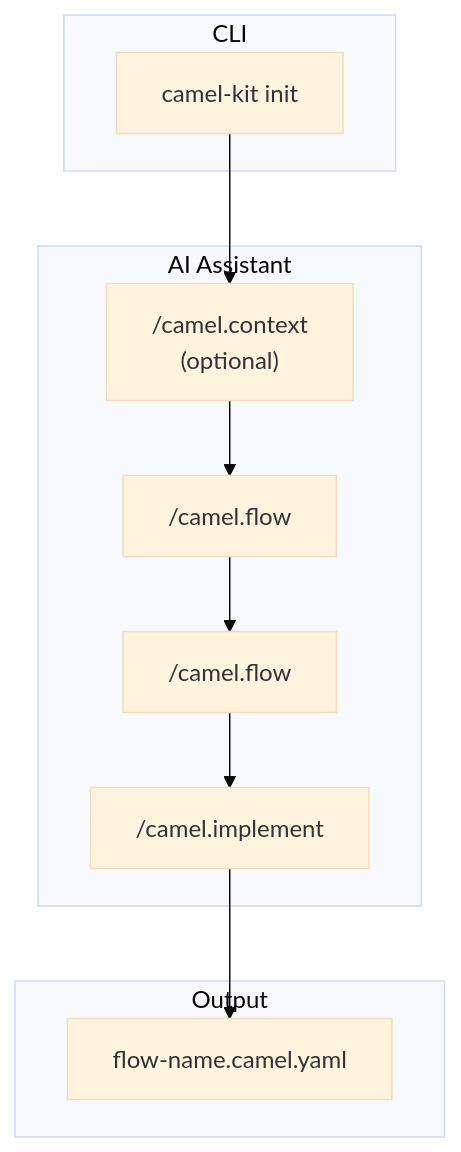
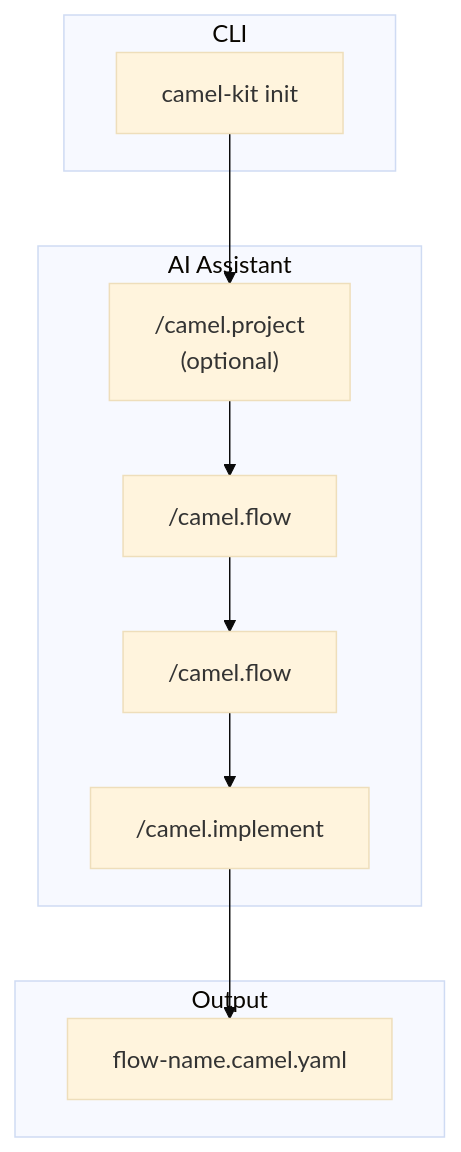
One commit to luigidemasi/camel-kit changed the first of 3 diagrams in docs/user-guide.md. Above: the diagram before and after it, drawn with Mermaid (base theme). The commit also changed other lines of this file and 37 other files, not shown here.

````diff
--- a/docs/user-guide.md
+++ b/docs/user-guide.md
@@ -88,17 +90,17 @@
 ```mermaid
 flowchart TB
     subgraph CLI
         A[camel-kit init]
     end
     subgraph "AI Assistant"
-        B["/camel.context<br/>(optional)"]
+        B["/camel.project<br/>(optional)"]
         C["/camel.flow"]
         D["/camel.flow"]
         E["/camel.implement"]
     end
     subgraph Output
         F["flow-name.camel.yaml"]
     end
 
     A --> B --> C --> D --> E --> F
 ```
````
